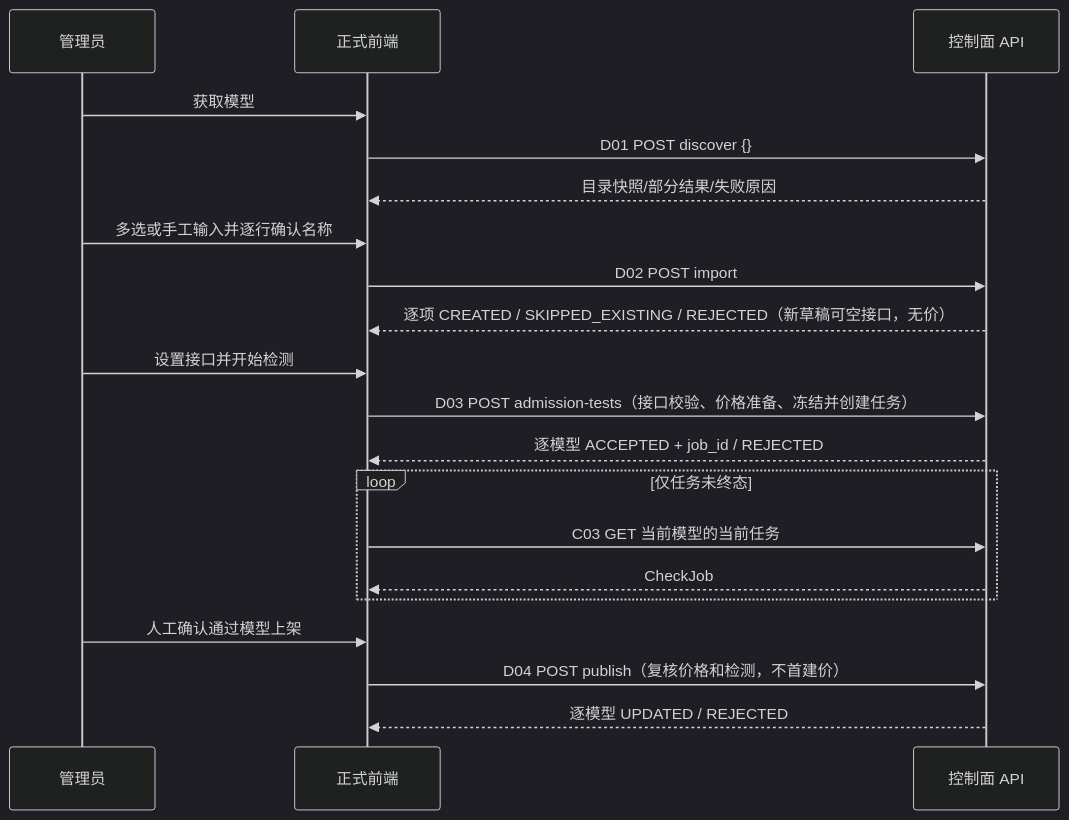
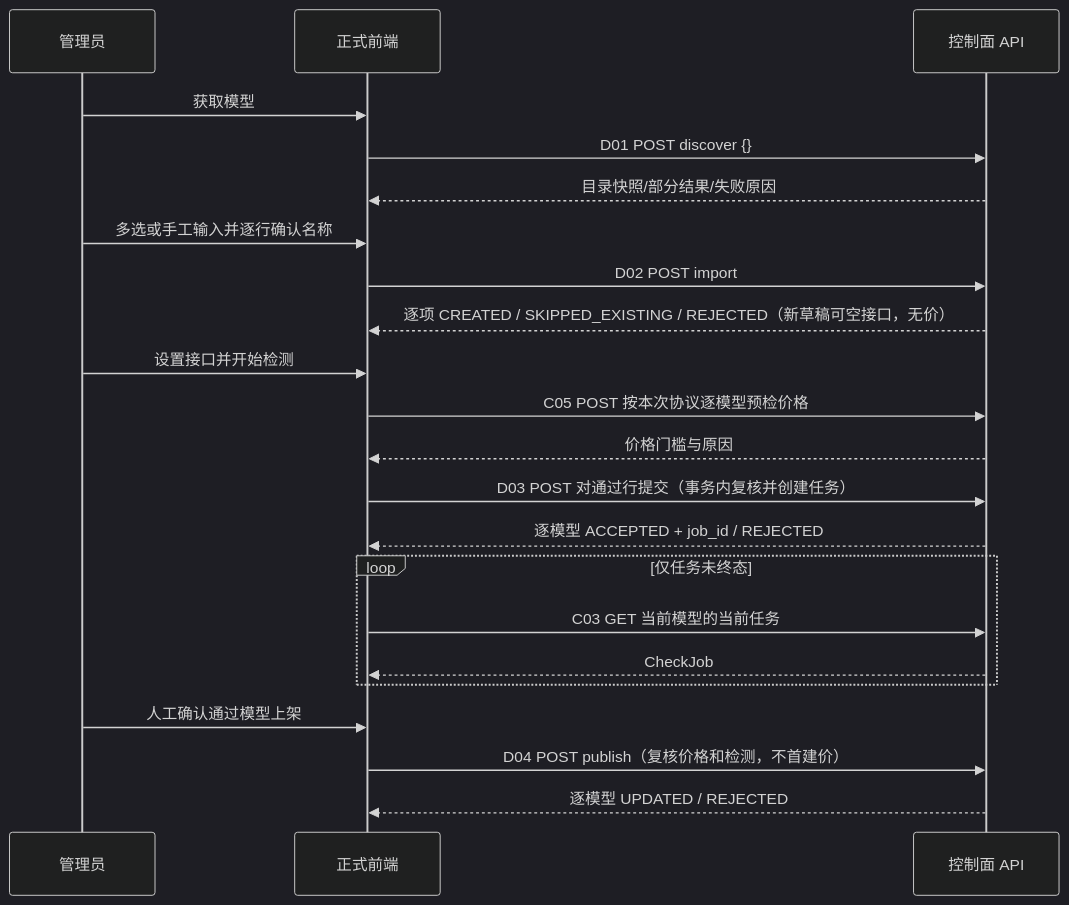
One commit to Gshengx/ai-gateway-admin changed the first of 4 diagrams in docs/07-前端协同对接指南.md. Above: the diagram before and after it, drawn with Mermaid (dark theme). The commit also changed other lines of this file and 91 other files, not shown here.

````diff
--- a/docs/07-前端协同对接指南.md
+++ b/docs/07-前端协同对接指南.md
@@ -196,22 +198,24 @@
 ```mermaid
 sequenceDiagram
   participant U as 管理员
   participant F as 正式前端
   participant A as 控制面 API
   U->>F: 获取模型
   F->>A: D01 POST discover {}
   A-->>F: 目录快照/部分结果/失败原因
   U->>F: 多选或手工输入并逐行确认名称
   F->>A: D02 POST import
   A-->>F: 逐项 CREATED / SKIPPED_EXISTING / REJECTED（新草稿可空接口，无价）
   U->>F: 设置接口并开始检测
-  F->>A: D03 POST admission-tests（接口校验、价格准备、冻结并创建任务）
+  F->>A: C05 POST 按本次协议逐模型预检价格
+  A-->>F: 价格门槛与原因
+  F->>A: D03 POST 对通过行提交（事务内复核并创建任务）
   A-->>F: 逐模型 ACCEPTED + job_id / REJECTED
   loop 仅任务未终态
     F->>A: C03 GET 当前模型的当前任务
     A-->>F: CheckJob
   end
   U->>F: 人工确认通过模型上架
   F->>A: D04 POST publish（复核价格和检测，不首建价）
   A-->>F: 逐模型 UPDATED / REJECTED
 ```
````
